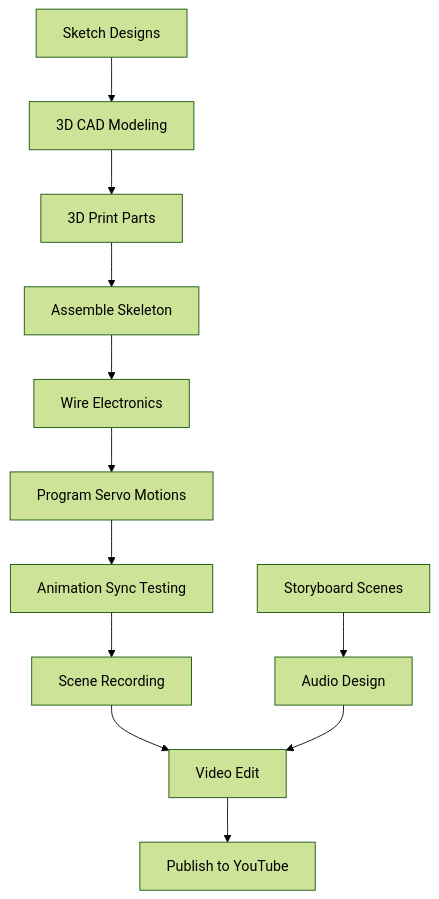
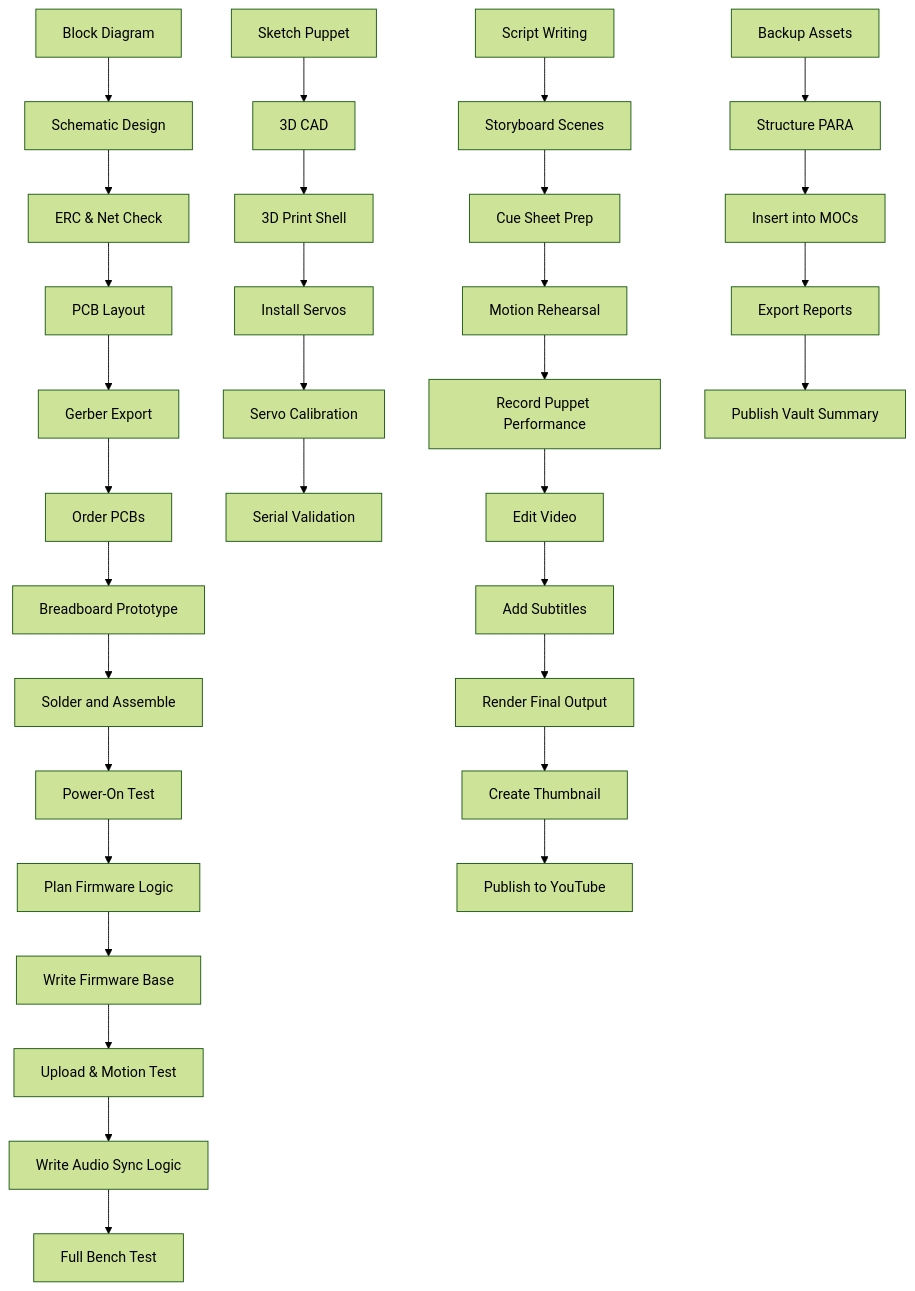
Before and after one commit to mrthomware/1.Projects: the diagram in Control_Freaks-Puppet-Project/02.Areas/How to Setup the Project Guidlines/02.Timeline/04.Dependencies.md, drawn with Mermaid (forest theme). The commit also changed other lines of this file, not shown here.

`````diff
--- a/Control_Freaks-Puppet-Project/02.Areas/How to Setup the Project Guidlines/02.Timeline/04.Dependencies.md
+++ b/Control_Freaks-Puppet-Project/02.Areas/How to Setup the Project Guidlines/02.Timeline/04.Dependencies.md
@@ -47,15 +68,42 @@
 ```mermaid
 graph TD
-    T01[Sketch Designs] --> T02[3D CAD Modeling]
-    T02 --> T03[3D Print Parts]
-    T03 --> T04[Assemble Skeleton]
-    T04 --> T05[Wire Electronics]
-    T05 --> T06[Program Servo Motions]
-    T06 --> T07[Animation Sync Testing]
-    T07 --> T09[Scene Recording]
 
-    T08[Storyboard Scenes] --> T10[Audio Design]
-    T09 --> T11[Video Edit]
-    T10 --> T11
-    T11 --> T12[Publish to YouTube]
+%% Controller Development
+    CD-T01[Block Diagram] --> CD-T02[Schematic Design]
+    CD-T02 --> CD-T03[ERC & Net Check]
+    CD-T03 --> CD-T04[PCB Layout]
+    CD-T04 --> CD-T05[Gerber Export]
+    CD-T05 --> CD-T06[Order PCBs]
+    CD-T06 --> CD-T07[Breadboard Prototype]
+    CD-T07 --> CD-T08[Solder and Assemble]
+    CD-T08 --> CD-T09[Power-On Test]
+    CD-T09 --> CD-T10[Plan Firmware Logic]
+    CD-T10 --> CD-T11[Write Firmware Base]
+    CD-T11 --> CD-T12[Upload & Motion Test]
+    CD-T12 --> CD-T13[Write Audio Sync Logic]
+    CD-T13 --> CD-T14[Full Bench Test]
+
+%% Puppet Development
+    PD-T01[Sketch Puppet] --> PD-T02[3D CAD]
+    PD-T02 --> PD-T05[3D Print Shell]
+    PD-T05 --> PD-T09[Install Servos]
+    PD-T09 --> PD-T11[Servo Calibration]
+    PD-T11 --> PD-T12[Serial Validation]
+
+%% Show Pipeline
+    SP-T01[Script Writing] --> SP-T02[Storyboard Scenes]
+    SP-T02 --> SP-T04[Cue Sheet Prep]
+    SP-T04 --> SP-T05[Motion Rehearsal]
+    SP-T05 --> SP-T06[Record Puppet Performance]
+    SP-T06 --> SP-T09[Edit Video]
+    SP-T09 --> SP-T11[Add Subtitles]
+    SP-T11 --> SP-T12[Render Final Output]
+    SP-T12 --> SP-T13[Create Thumbnail]
+    SP-T13 --> SP-T14[Publish to YouTube]
+
+%% Vault Integration
+    OV-T01[Backup Assets] --> OV-T02[Structure PARA]
+    OV-T02 --> OV-T04[Insert into MOCs]
+    OV-T04 --> OV-T06[Export Reports]
+    OV-T06 --> OV-T08[Publish Vault Summary]
 ````
`````
